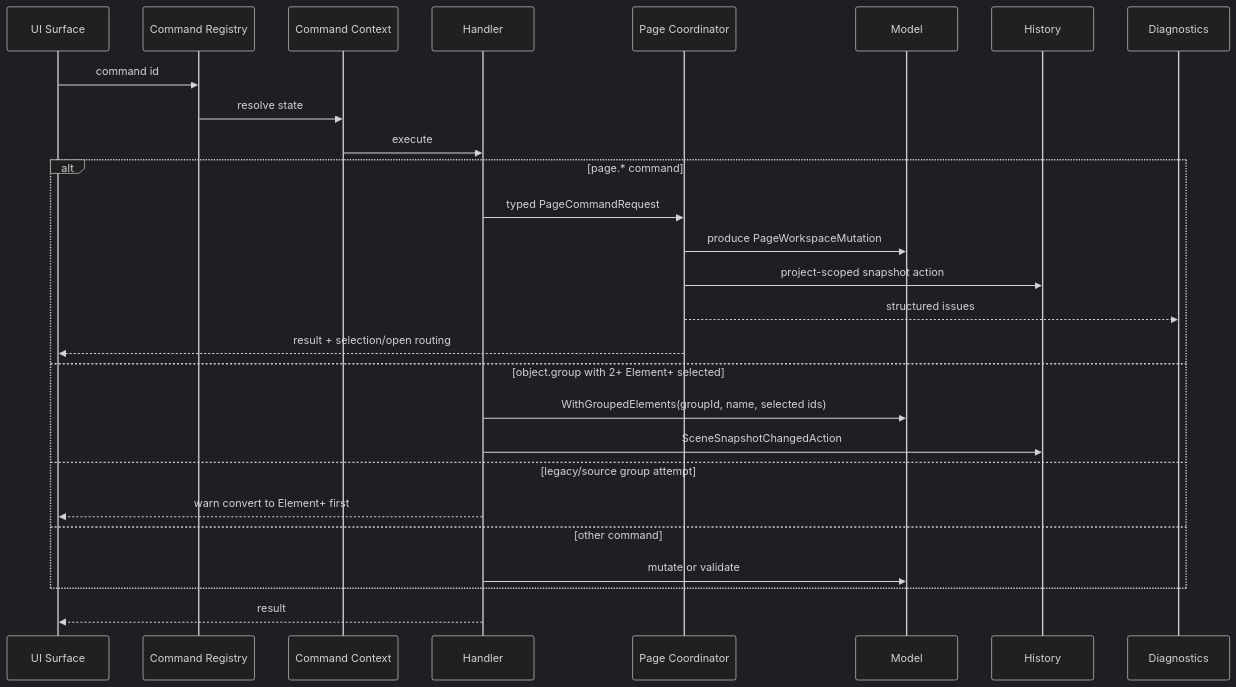
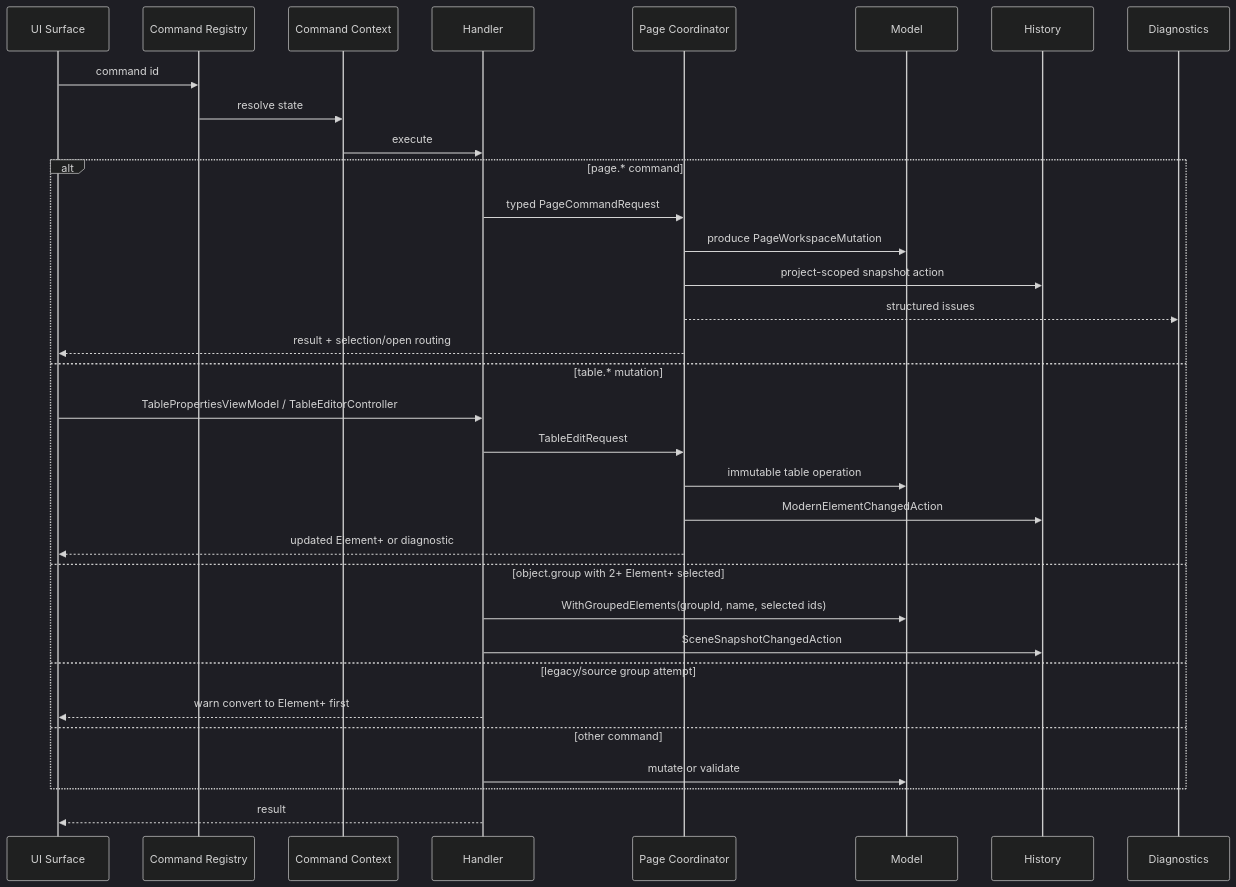
The diagram in docs/10_generated/COMMAND_FLOW_DIAGRAM_V2.md (technologiesflorizon/scadabuilder), drawn with Mermaid (dark theme) before and after one commit. The commit also changed other lines of this file and 20 other files, not shown here.

````diff
--- a/docs/10_generated/COMMAND_FLOW_DIAGRAM_V2.md
+++ b/docs/10_generated/COMMAND_FLOW_DIAGRAM_V2.md
@@ -15,29 +16,35 @@
 ```mermaid
 sequenceDiagram
   participant UI as UI Surface
   participant Registry as Command Registry
   participant Context as Command Context
   participant Handler as Handler
   participant Coordinator as Page Coordinator
   participant Model as Model
   participant History as History
   participant Diagnostics as Diagnostics
   UI->>Registry: command id
   Registry->>Context: resolve state
   Context->>Handler: execute
   alt page.* command
     Handler->>Coordinator: typed PageCommandRequest
     Coordinator->>Model: produce PageWorkspaceMutation
     Coordinator->>History: project-scoped snapshot action
     Coordinator-->>Diagnostics: structured issues
     Coordinator-->>UI: result + selection/open routing
+  else table.* mutation
+    UI->>Handler: TablePropertiesViewModel / TableEditorController
+    Handler->>Coordinator: TableEditRequest
+    Coordinator->>Model: immutable table operation
+    Coordinator->>History: ModernElementChangedAction
+    Coordinator-->>UI: updated Element+ or diagnostic
   else object.group with 2+ Element+ selected
     Handler->>Model: WithGroupedElements(groupId, name, selected ids)
     Handler->>History: SceneSnapshotChangedAction
   else legacy/source group attempt
     Handler-->>UI: warn convert to Element+ first
   else other command
     Handler->>Model: mutate or validate
   end
   Handler-->>UI: result
 ```
````
